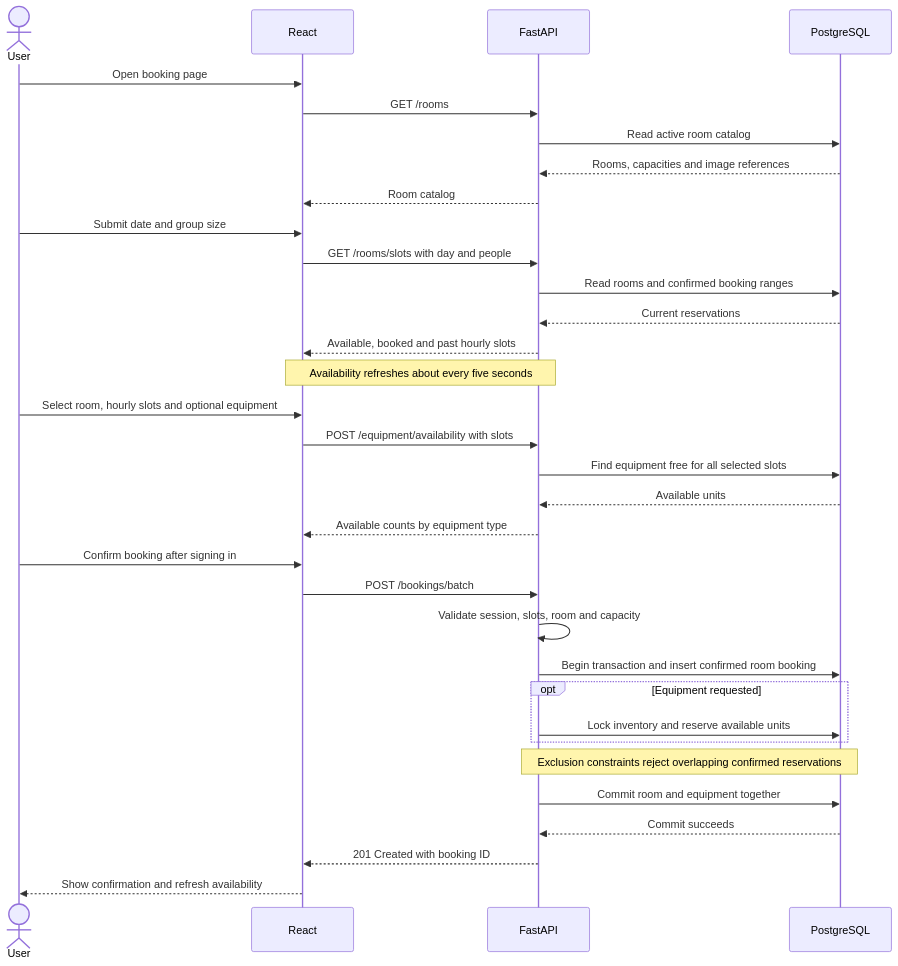
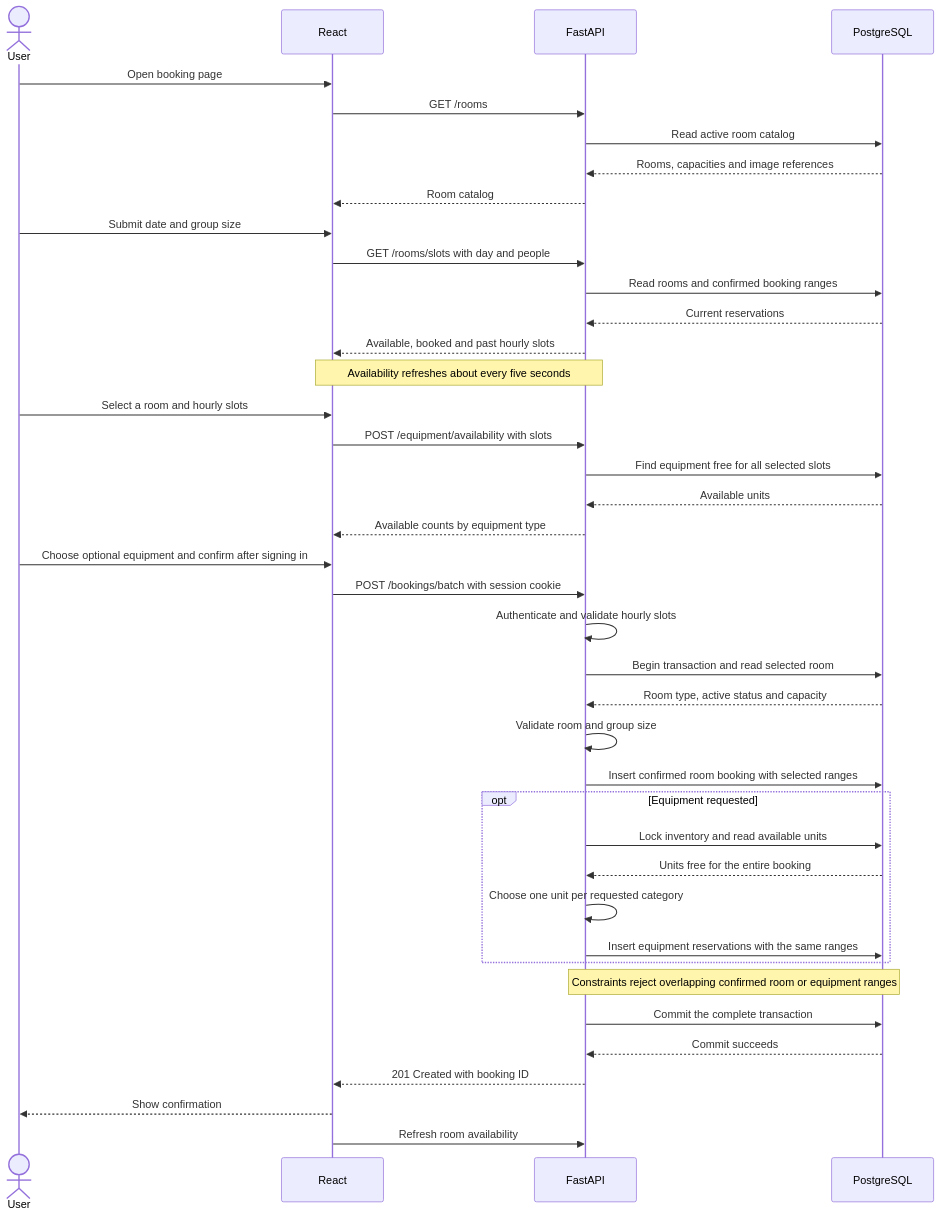
One commit to Title-v/Trinity-roots-assignment changed the second of 4 diagrams in README.md. Above: the diagram before and after it, drawn with Mermaid. The commit also changed other lines of this file, not shown here.

Commit message:
Clarify booking sequence branches and transaction outcomes

````diff
--- a/README.md
+++ b/README.md
@@ -165,36 +165,43 @@
 ```mermaid
 sequenceDiagram
     actor User
     participant React
     participant FastAPI
     participant PostgreSQL
 
     User->>React: Open booking page
     React->>FastAPI: GET /rooms
     FastAPI->>PostgreSQL: Read active room catalog
     PostgreSQL-->>FastAPI: Rooms, capacities and image references
     FastAPI-->>React: Room catalog
     User->>React: Submit date and group size
     React->>FastAPI: GET /rooms/slots with day and people
     FastAPI->>PostgreSQL: Read rooms and confirmed booking ranges
     PostgreSQL-->>FastAPI: Current reservations
     FastAPI-->>React: Available, booked and past hourly slots
     Note over React,FastAPI: Availability refreshes about every five seconds
-    User->>React: Select room, hourly slots and optional equipment
+    User->>React: Select a room and hourly slots
     React->>FastAPI: POST /equipment/availability with slots
     FastAPI->>PostgreSQL: Find equipment free for all selected slots
     PostgreSQL-->>FastAPI: Available units
     FastAPI-->>React: Available counts by equipment type
-    User->>React: Confirm booking after signing in
-    React->>FastAPI: POST /bookings/batch
-    FastAPI->>FastAPI: Validate session, slots, room and capacity
-    FastAPI->>PostgreSQL: Begin transaction and insert confirmed room booking
+    User->>React: Choose optional equipment and confirm after signing in
+    React->>FastAPI: POST /bookings/batch with session cookie
+    FastAPI->>FastAPI: Authenticate and validate hourly slots
+    FastAPI->>PostgreSQL: Begin transaction and read selected room
+    PostgreSQL-->>FastAPI: Room type, active status and capacity
+    FastAPI->>FastAPI: Validate room and group size
+    FastAPI->>PostgreSQL: Insert confirmed room booking with selected ranges
     opt Equipment requested
-        FastAPI->>PostgreSQL: Lock inventory and reserve available units
+        FastAPI->>PostgreSQL: Lock inventory and read available units
+        PostgreSQL-->>FastAPI: Units free for the entire booking
+        FastAPI->>FastAPI: Choose one unit per requested category
+        FastAPI->>PostgreSQL: Insert equipment reservations with the same ranges
     end
-    Note over FastAPI,PostgreSQL: Exclusion constraints reject overlapping confirmed reservations
-    FastAPI->>PostgreSQL: Commit room and equipment together
+    Note over FastAPI,PostgreSQL: Constraints reject overlapping confirmed room or equipment ranges
+    FastAPI->>PostgreSQL: Commit the complete transaction
     PostgreSQL-->>FastAPI: Commit succeeds
     FastAPI-->>React: 201 Created with booking ID
-    React-->>User: Show confirmation and refresh availability
+    React-->>User: Show confirmation
+    React->>FastAPI: Refresh room availability
 ```
````
